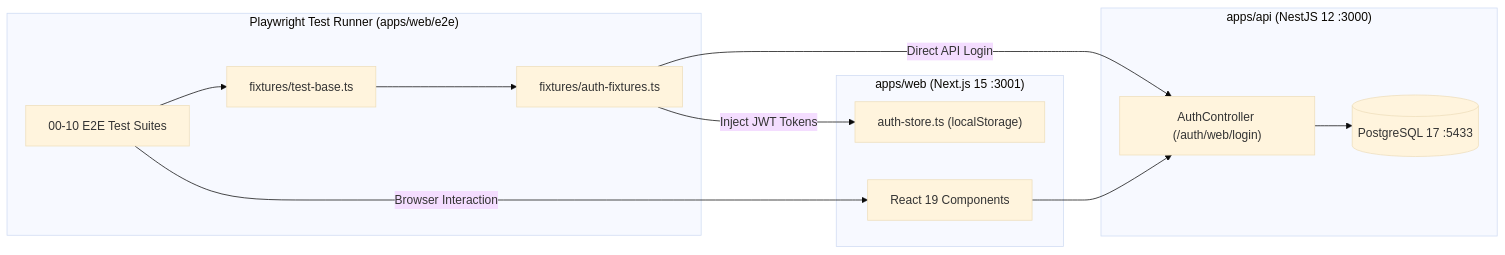
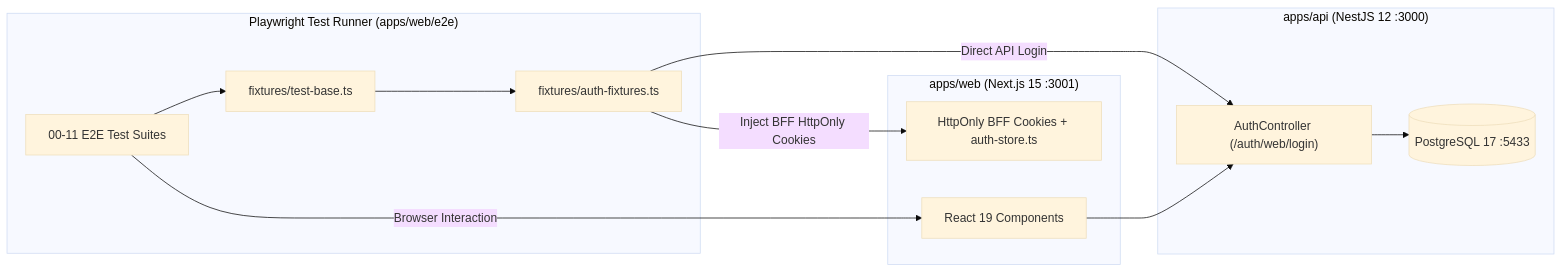
The diagram in docs/web/playwright-e2e-testing.md (Kathir-24/Kumaran-finance), drawn with Mermaid (base theme) before and after one commit. The commit also changed other lines of this file and 32 other files, not shown here.

````diff
--- a/docs/web/playwright-e2e-testing.md
+++ b/docs/web/playwright-e2e-testing.md
@@ -14,25 +14,25 @@
 ```mermaid
 flowchart LR
     subgraph E2E_Runner["Playwright Test Runner (apps/web/e2e)"]
-        Spec["00-10 E2E Test Suites"]
+        Spec["00-11 E2E Test Suites"]
         Base["fixtures/test-base.ts"]
         Fixtures["fixtures/auth-fixtures.ts"]
     end
 
     subgraph Web_App["apps/web (Next.js 15 :3001)"]
         UI["React 19 Components"]
-        Zustand["auth-store.ts (localStorage)"]
+        Cookies["HttpOnly BFF Cookies + auth-store.ts"]
     end
 
     subgraph Backend["apps/api (NestJS 12 :3000)"]
         AuthCtrl["AuthController (/auth/web/login)"]
         DB[(PostgreSQL 17 :5433)]
     end
 
     Spec --> Base --> Fixtures
     Fixtures -->|Direct API Login| AuthCtrl
     AuthCtrl --> DB
-    Fixtures -->|Inject JWT Tokens| Zustand
+    Fixtures -->|Inject BFF HttpOnly Cookies| Cookies
     Spec -->|Browser Interaction| UI
     UI --> AuthCtrl
 ```
````
